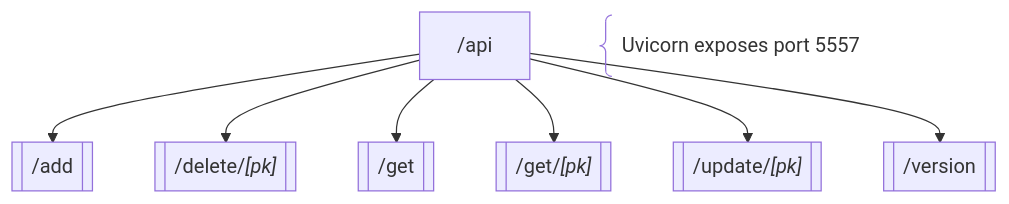
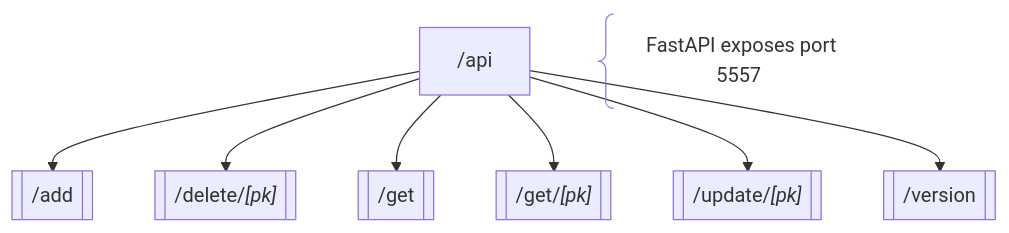
The diagram in backend/README.md (chump29/planrr), drawn with Mermaid before and after one commit. The commit also changed other lines of this file and 39 other files, not shown here.

````diff
--- a/backend/README.md
+++ b/backend/README.md
@@ -3,17 +11,17 @@
 ```mermaid
-flowchart
+flowchart TD
 api@{shape: rect, label: "/api"}
 add[["`/add`"]]
 delete[["`/delete/*[pk]*`"]]
 get[["`/get`"]]
 get_one[["`/get/*[pk]*`"]]
 update[["`/update/*[pk]*`"]]
 version[["`/version`"]]
 api-->add
 api-->delete
 api-->get
 api-->get_one
 api-->update
 api-->version
-port@{shape: brace, label: "&nbsp; Uvicorn exposes port 5557"}
+port@{shape: brace, label: "&nbsp; FastAPI exposes port 5557"}
 ```
````
